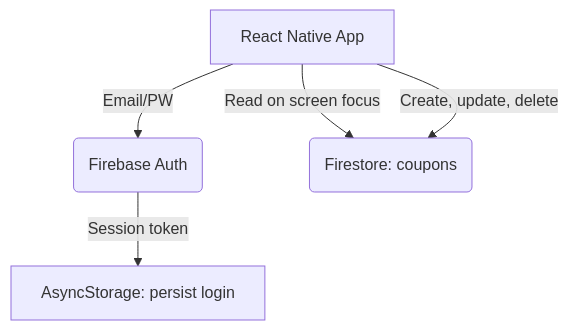
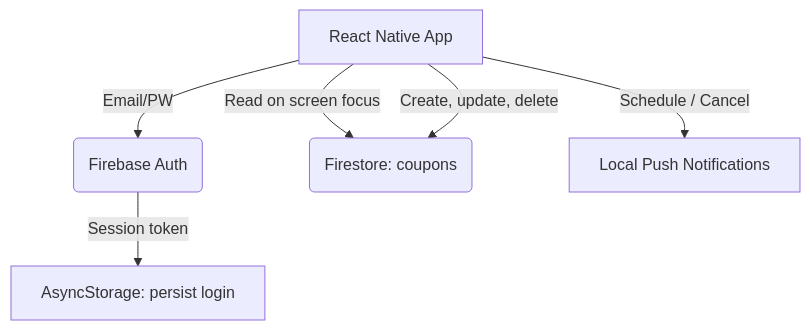
The diagram in README.md (liminal-cipher/wallet-sync), drawn with Mermaid before and after one commit. The commit also changed other lines of this file, not shown here.

````diff
--- a/README.md
+++ b/README.md
@@ -30,7 +31,8 @@
 ```mermaid
 graph TD
     A[React Native App] -->|Email/PW| B(Firebase Auth)
     B -->|Session token| C[AsyncStorage: persist login]
     A -->|Read on screen focus| D(Firestore: coupons)
     A -->|Create, update, delete| D
+    A -->|Schedule / Cancel| E[Local Push Notifications]
 ```
````
